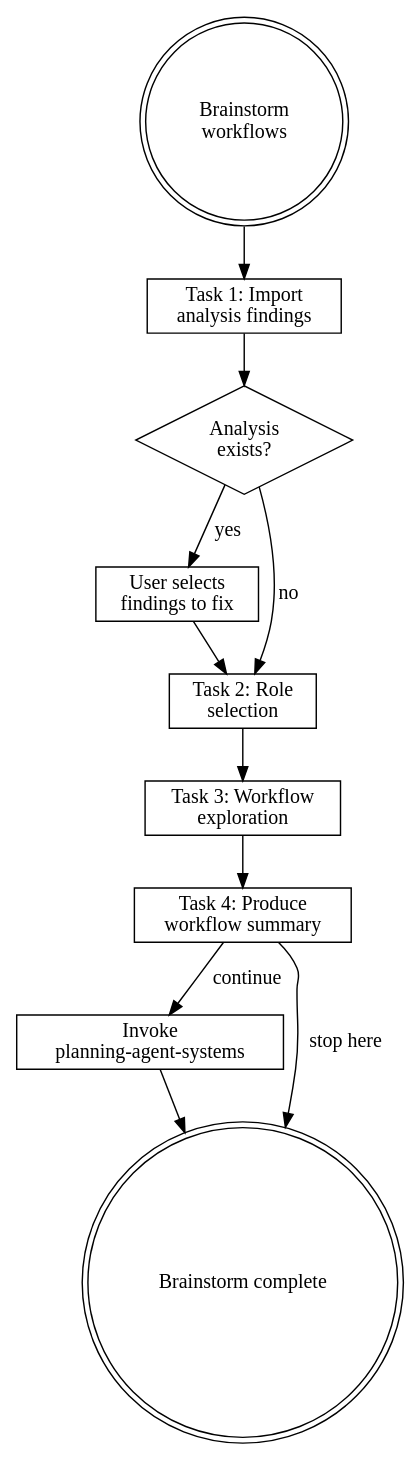
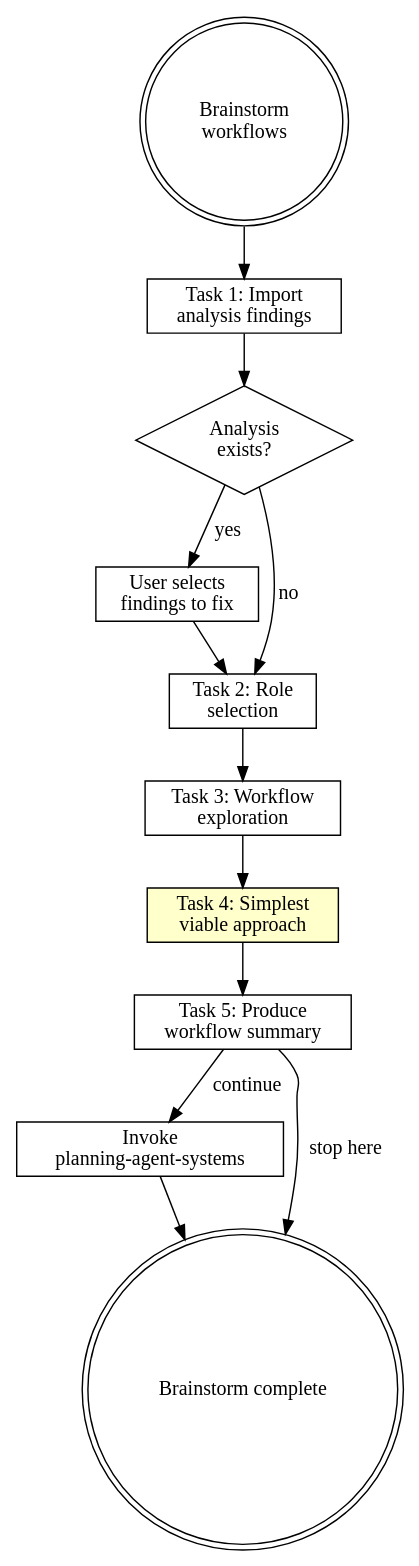
Before and after one commit to wayne930242/Reflexive-Claude-Code: the diagram in plugins/rcc/skills/brainstorming-workflows/SKILL.md, drawn with Graphviz. The commit also changed other lines of this file and 21 other files, not shown here.

````diff
--- a/plugins/rcc/skills/brainstorming-workflows/SKILL.md
+++ b/plugins/rcc/skills/brainstorming-workflows/SKILL.md
@@ -179,26 +161,28 @@
 ```dot
 digraph brainstorm_workflows {
     rankdir=TB;
 
     start [label="Brainstorm\nworkflows", shape=doublecircle];
     analysis [label="Task 1: Import\nanalysis findings", shape=box];
     has_analysis [label="Analysis\nexists?", shape=diamond];
     confirm_fixes [label="User selects\nfindings to fix", shape=box];
     role [label="Task 2: Role\nselection", shape=box];
     explore [label="Task 3: Workflow\nexploration", shape=box];
-    summary [label="Task 4: Produce\nworkflow summary", shape=box];
+    simplify [label="Task 4: Simplest\nviable approach", shape=box, style=filled, fillcolor="#ffffcc"];
+    summary [label="Task 5: Produce\nworkflow summary", shape=box];
     handoff [label="Invoke\nplanning-agent-systems", shape=box];
     done [label="Brainstorm complete", shape=doublecircle];
 
     start -> analysis;
     analysis -> has_analysis;
     has_analysis -> confirm_fixes [label="yes"];
     has_analysis -> role [label="no"];
     confirm_fixes -> role;
     role -> explore;
-    explore -> summary;
+    explore -> simplify;
+    simplify -> summary;
     summary -> handoff [label="continue"];
     summary -> done [label="stop here"];
     handoff -> done;
 }
 ```
````
